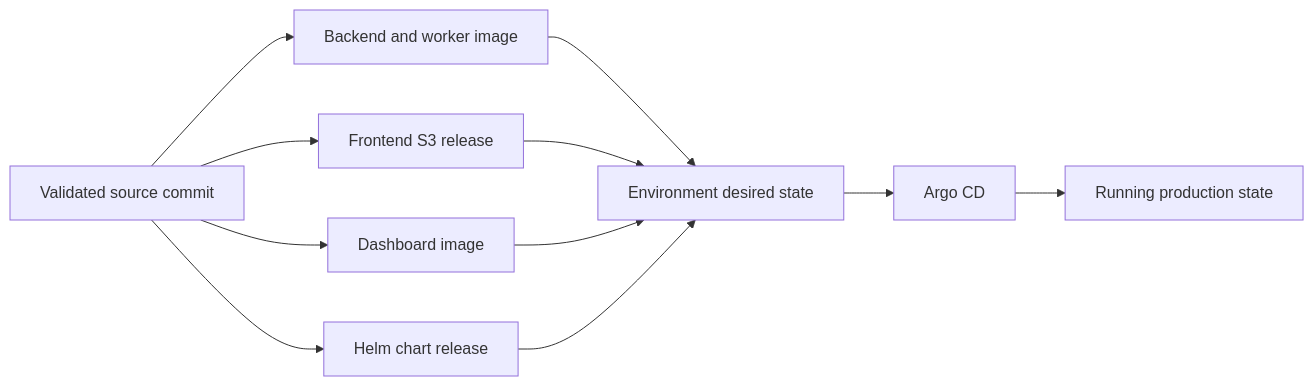
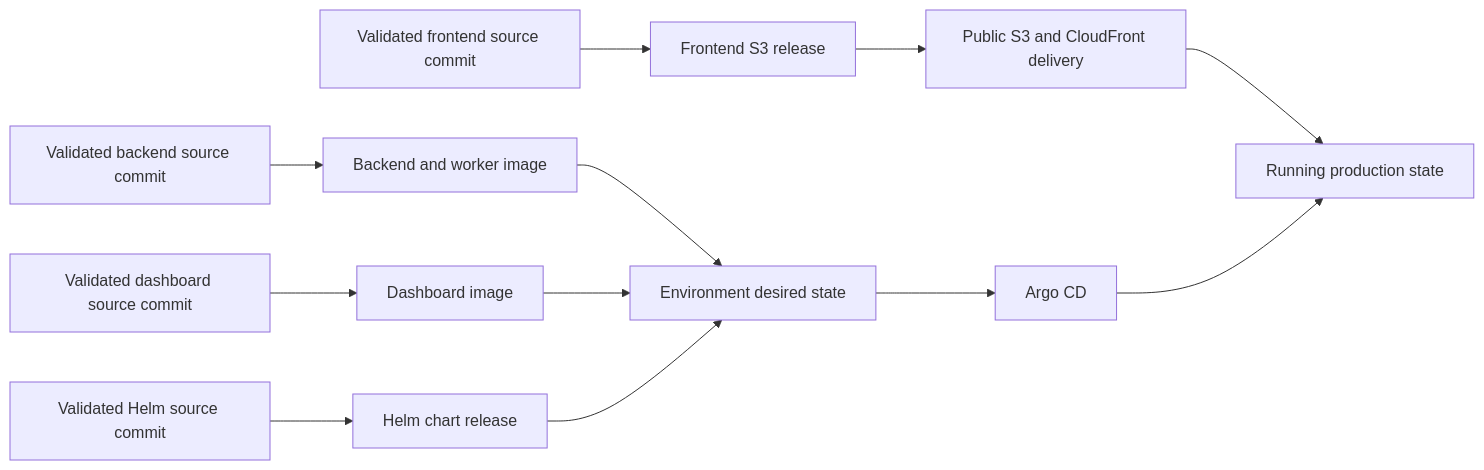
One commit to winrates-gg/wrgg-public-documentation changed the first of 3 diagrams in docs/ci-cd.md. Above: the diagram before and after it, drawn with Mermaid. The commit also changed other lines of this file, not shown here.

````diff
--- a/docs/ci-cd.md
+++ b/docs/ci-cd.md
@@ -11,22 +12,27 @@
 ```mermaid
 flowchart LR
-    Source[Validated source commit]
+    BackendSource[Validated backend source commit]
+    FrontendSource[Validated frontend source commit]
+    DashboardSource[Validated dashboard source commit]
+    ChartSource[Validated Helm source commit]
     Backend[Backend and worker image]
     Frontend[Frontend S3 release]
     Dashboard[Dashboard image]
     Chart[Helm chart release]
     Desired[Environment desired state]
+    Web[Public S3 and CloudFront delivery]
     Argo[Argo CD]
     Runtime[Running production state]
 
-    Source --> Backend
-    Source --> Frontend
-    Source --> Dashboard
-    Source --> Chart
+    BackendSource --> Backend
+    FrontendSource --> Frontend
+    DashboardSource --> Dashboard
+    ChartSource --> Chart
     Backend --> Desired
-    Frontend --> Desired
+    Frontend --> Web
     Dashboard --> Desired
     Chart --> Desired
     Desired --> Argo
+    Web --> Runtime
     Argo --> Runtime
 ```
````
